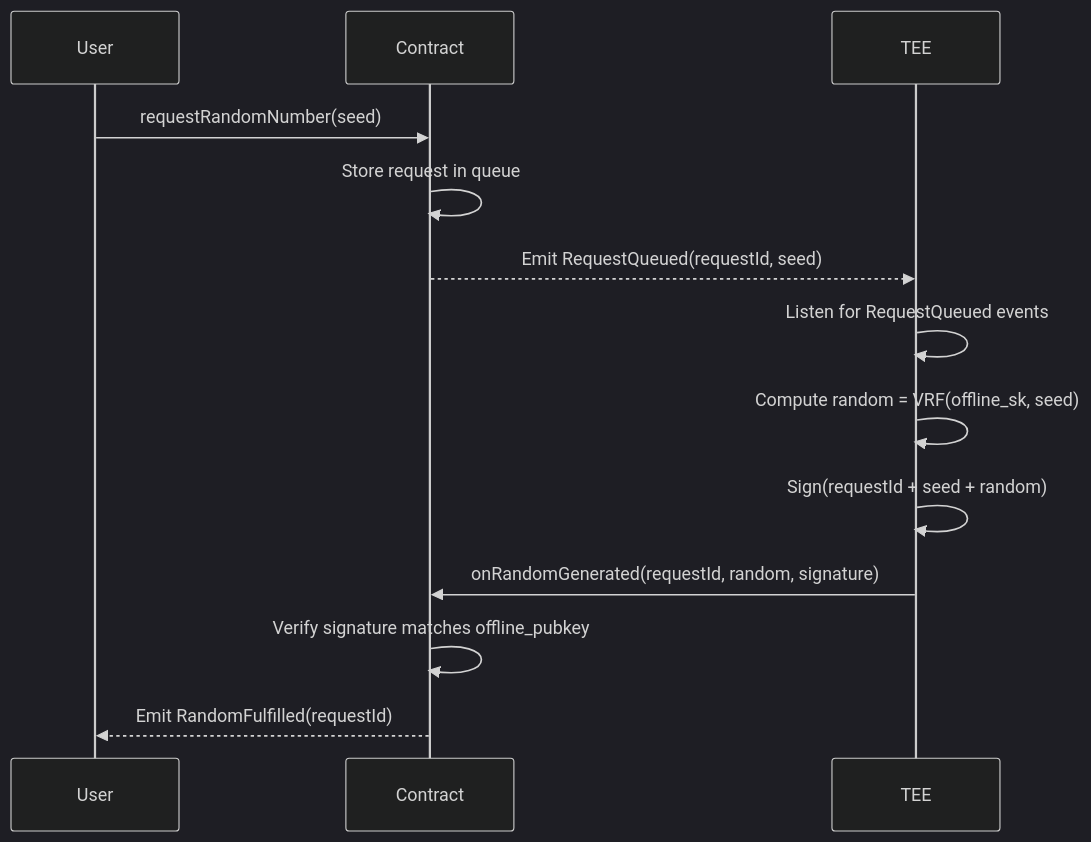
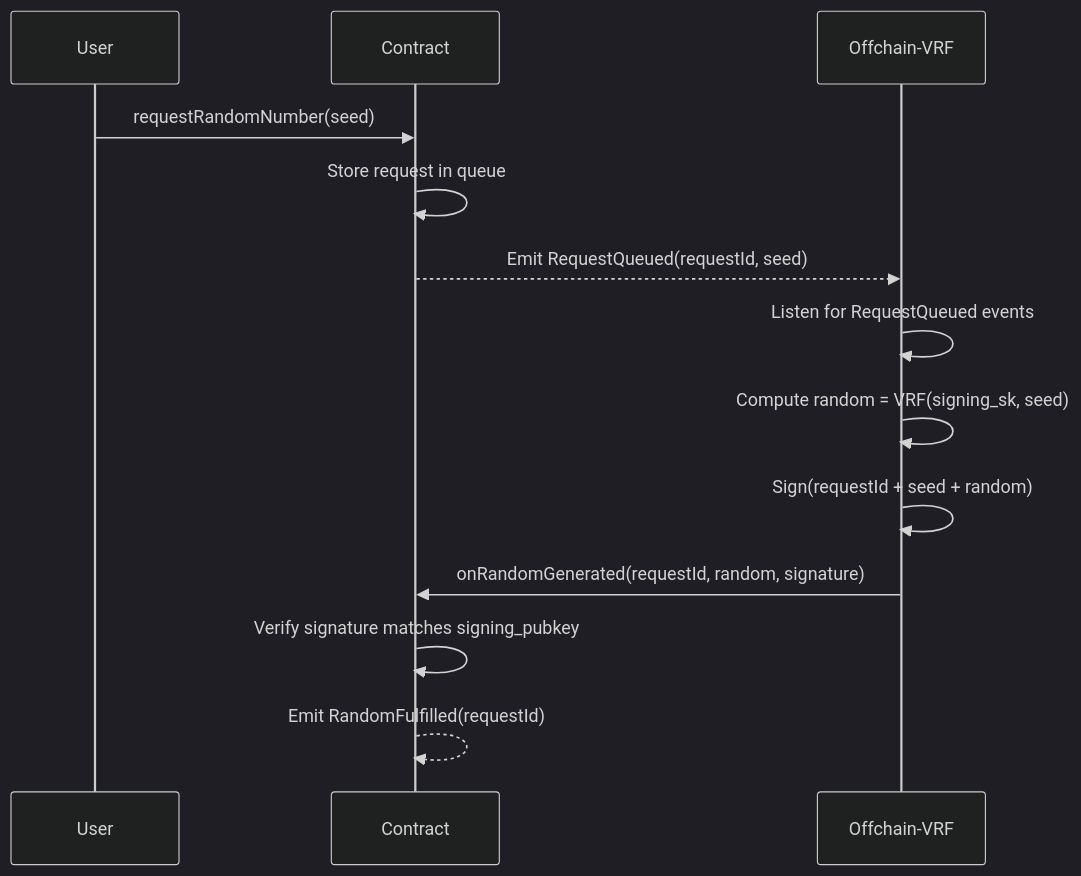
The second of 2 diagrams in README.md (mondaylord/phala-cloud-vrf), drawn with Mermaid (dark theme) before and after one commit. The commit also changed other lines of this file and 7 other files, not shown here.

Commit message:
Update readme and the architecture

````diff
--- a/README.md
+++ b/README.md
@@ -43,16 +43,16 @@
 ```mermaid
 sequenceDiagram
     participant User
     participant Contract
-    participant TEE
+    participant Offchain-VRF
   
     User->>Contract: requestRandomNumber(seed)
     Contract->>Contract: Store request in queue
-    Contract-->>TEE: Emit RequestQueued(requestId, seed)
-    TEE->>TEE: Listen for RequestQueued events
-    TEE->>TEE: Compute random = VRF(offline_sk, seed)
-    TEE->>TEE: Sign(requestId + seed + random)
-    TEE->>Contract: onRandomGenerated(requestId, random, signature)
-    Contract->>Contract: Verify signature matches offline_pubkey
-    Contract-->>User: Emit RandomFulfilled(requestId)
+    Contract-->>Offchain-VRF: Emit RequestQueued(requestId, seed)
+    Offchain-VRF->>Offchain-VRF: Listen for RequestQueued events
+    Offchain-VRF->>Offchain-VRF: Compute random = VRF(signing_sk, seed)
+    Offchain-VRF->>Offchain-VRF: Sign(requestId + seed + random)
+    Offchain-VRF->>Contract: onRandomGenerated(requestId, random, signature)
+    Contract->>Contract: Verify signature matches signing_pubkey
+    Contract-->>Contract: Emit RandomFulfilled(requestId)
 ```
````
